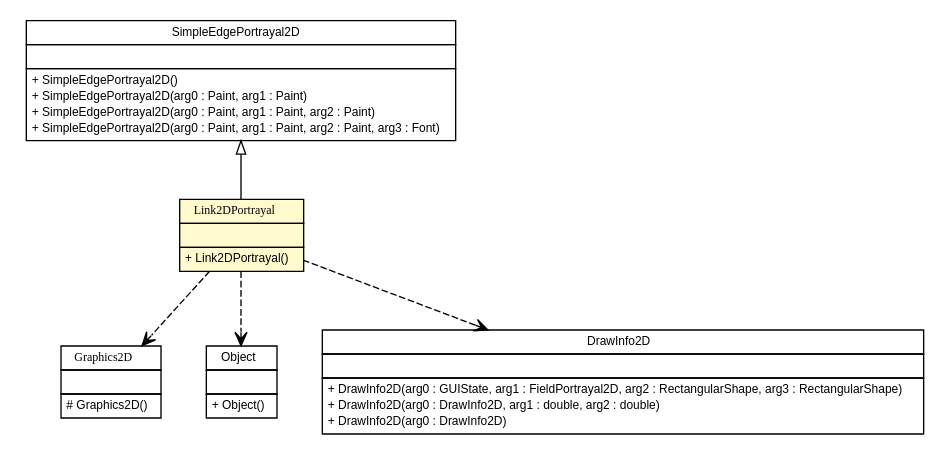
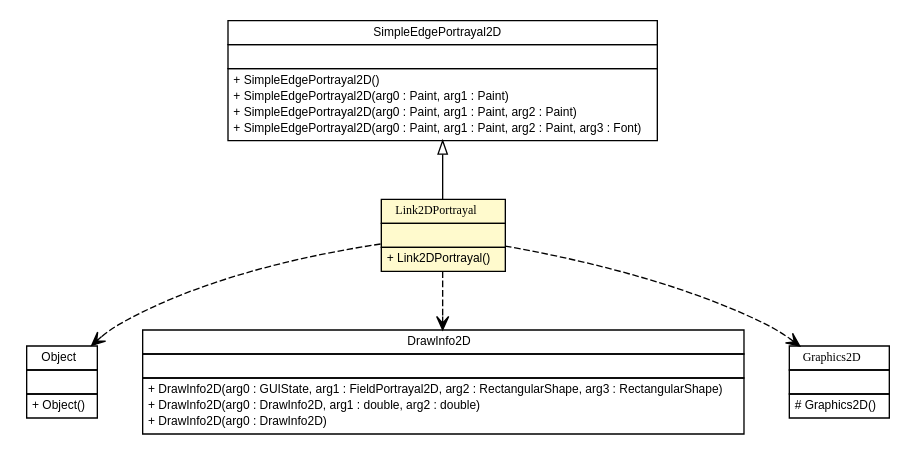
The diagram in apidocs/es/upm/dit/gsi/shanks/model/element/link/portrayal/Link2DPortrayal.dot (gsi-upm/Shanks), drawn with Graphviz before and after one commit. The commit also changed 860 other files, not shown here.

```diff
--- a/apidocs/es/upm/dit/gsi/shanks/model/element/link/portrayal/Link2DPortrayal.dot
+++ b/apidocs/es/upm/dit/gsi/shanks/model/element/link/portrayal/Link2DPortrayal.dot
@@ -1,85 +1,85 @@
 #!/usr/local/bin/dot
 #
 # Class diagram 
 # Generated by UMLGraph version 5.1 (http://www.umlgraph.org/)
 #
 
 digraph G {
 	edge [fontname="arial",fontsize=10,labelfontname="arial",labelfontsize=10];
 	node [fontname="arial",fontsize=10,shape=plaintext];
 	nodesep=0.25;
 	ranksep=0.5;
 	// es.upm.dit.gsi.shanks.model.element.link.portrayal.Link2DPortrayal
 	c4963 [label=<<table title="es.upm.dit.gsi.shanks.model.element.link.portrayal.Link2DPortrayal" border="0" cellborder="1" cellspacing="0" cellpadding="2" port="p" bgcolor="lemonChiffon" href="./Link2DPortrayal.html">
 		<tr><td><table border="0" cellspacing="0" cellpadding="1">
 <tr><td align="center" balign="center"><font face="ariali"> Link2DPortrayal </font></td></tr>
 		</table></td></tr>
 		<tr><td><table border="0" cellspacing="0" cellpadding="1">
 <tr><td align="left" balign="left">  </td></tr>
 		</table></td></tr>
 		<tr><td><table border="0" cellspacing="0" cellpadding="1">
 <tr><td align="left" balign="left"> + Link2DPortrayal() </td></tr>
 		</table></td></tr>
 		</table>>, fontname="arial", fontcolor="black", fontsize=9.0];
 	//es.upm.dit.gsi.shanks.model.element.link.portrayal.Link2DPortrayal extends sim.portrayal.network.SimpleEdgePortrayal2D
 	c5009:p -> c4963:p [dir=back,arrowtail=empty];
+	// es.upm.dit.gsi.shanks.model.element.link.portrayal.Link2DPortrayal DEPEND java.lang.Object
+	c4963:p -> c5010:p [taillabel="", label="", headlabel="", fontname="arial", fontcolor="black", fontsize=10.0, color="black", arrowhead=open, style=dashed];
+	// es.upm.dit.gsi.shanks.model.element.link.portrayal.Link2DPortrayal DEPEND sim.portrayal.DrawInfo2D
+	c4963:p -> c5011:p [taillabel="", label="", headlabel="", fontname="arial", fontcolor="black", fontsize=10.0, color="black", arrowhead=open, style=dashed];
 	// es.upm.dit.gsi.shanks.model.element.link.portrayal.Link2DPortrayal DEPEND java.awt.Graphics2D
-	c4963:p -> c5010:p [taillabel="", label="", headlabel="", fontname="arial", fontcolor="black", fontsize=10.0, color="black", arrowhead=open, style=dashed];
-	// es.upm.dit.gsi.shanks.model.element.link.portrayal.Link2DPortrayal DEPEND java.lang.Object
-	c4963:p -> c5011:p [taillabel="", label="", headlabel="", fontname="arial", fontcolor="black", fontsize=10.0, color="black", arrowhead=open, style=dashed];
-	// es.upm.dit.gsi.shanks.model.element.link.portrayal.Link2DPortrayal DEPEND sim.portrayal.DrawInfo2D
 	c4963:p -> c5012:p [taillabel="", label="", headlabel="", fontname="arial", fontcolor="black", fontsize=10.0, color="black", arrowhead=open, style=dashed];
 	// java.awt.Graphics2D
-	c5010 [label=<<table title="java.awt.Graphics2D" border="0" cellborder="1" cellspacing="0" cellpadding="2" port="p" href="http://java.sun.com/j2se/1.4.2/docs/api/java/awt/Graphics2D.html">
+	c5012 [label=<<table title="java.awt.Graphics2D" border="0" cellborder="1" cellspacing="0" cellpadding="2" port="p" href="http://java.sun.com/j2se/1.4.2/docs/api/java/awt/Graphics2D.html">
 		<tr><td><table border="0" cellspacing="0" cellpadding="1">
 <tr><td align="center" balign="center"><font face="ariali"> Graphics2D </font></td></tr>
 		</table></td></tr>
 		<tr><td><table border="0" cellspacing="0" cellpadding="1">
 <tr><td align="left" balign="left">  </td></tr>
 		</table></td></tr>
 		<tr><td><table border="0" cellspacing="0" cellpadding="1">
 <tr><td align="left" balign="left"> # Graphics2D() </td></tr>
 		</table></td></tr>
 		</table>>, fontname="arial", fontcolor="black", fontsize=9.0];
 	// sim.portrayal.DrawInfo2D
-	c5012 [label=<<table title="sim.portrayal.DrawInfo2D" border="0" cellborder="1" cellspacing="0" cellpadding="2" port="p" href="http://java.sun.com/j2se/1.4.2/docs/api/sim/portrayal/DrawInfo2D.html">
+	c5011 [label=<<table title="sim.portrayal.DrawInfo2D" border="0" cellborder="1" cellspacing="0" cellpadding="2" port="p" href="http://java.sun.com/j2se/1.4.2/docs/api/sim/portrayal/DrawInfo2D.html">
 		<tr><td><table border="0" cellspacing="0" cellpadding="1">
 <tr><td align="center" balign="center"> DrawInfo2D </td></tr>
 		</table></td></tr>
 		<tr><td><table border="0" cellspacing="0" cellpadding="1">
 <tr><td align="left" balign="left">  </td></tr>
 		</table></td></tr>
 		<tr><td><table border="0" cellspacing="0" cellpadding="1">
 <tr><td align="left" balign="left"> + DrawInfo2D(arg0 : GUIState, arg1 : FieldPortrayal2D, arg2 : RectangularShape, arg3 : RectangularShape) </td></tr>
 <tr><td align="left" balign="left"> + DrawInfo2D(arg0 : DrawInfo2D, arg1 : double, arg2 : double) </td></tr>
 <tr><td align="left" balign="left"> + DrawInfo2D(arg0 : DrawInfo2D) </td></tr>
 		</table></td></tr>
 		</table>>, fontname="arial", fontcolor="black", fontsize=9.0];
 	// sim.portrayal.network.SimpleEdgePortrayal2D
 	c5009 [label=<<table title="sim.portrayal.network.SimpleEdgePortrayal2D" border="0" cellborder="1" cellspacing="0" cellpadding="2" port="p" href="http://java.sun.com/j2se/1.4.2/docs/api/sim/portrayal/network/SimpleEdgePortrayal2D.html">
 		<tr><td><table border="0" cellspacing="0" cellpadding="1">
 <tr><td align="center" balign="center"> SimpleEdgePortrayal2D </td></tr>
 		</table></td></tr>
 		<tr><td><table border="0" cellspacing="0" cellpadding="1">
 <tr><td align="left" balign="left">  </td></tr>
 		</table></td></tr>
 		<tr><td><table border="0" cellspacing="0" cellpadding="1">
 <tr><td align="left" balign="left"> + SimpleEdgePortrayal2D() </td></tr>
 <tr><td align="left" balign="left"> + SimpleEdgePortrayal2D(arg0 : Paint, arg1 : Paint) </td></tr>
 <tr><td align="left" balign="left"> + SimpleEdgePortrayal2D(arg0 : Paint, arg1 : Paint, arg2 : Paint) </td></tr>
 <tr><td align="left" balign="left"> + SimpleEdgePortrayal2D(arg0 : Paint, arg1 : Paint, arg2 : Paint, arg3 : Font) </td></tr>
 		</table></td></tr>
 		</table>>, fontname="arial", fontcolor="black", fontsize=9.0];
 	// java.lang.Object
-	c5011 [label=<<table title="java.lang.Object" border="0" cellborder="1" cellspacing="0" cellpadding="2" port="p" href="http://java.sun.com/j2se/1.4.2/docs/api/java/lang/Object.html">
+	c5010 [label=<<table title="java.lang.Object" border="0" cellborder="1" cellspacing="0" cellpadding="2" port="p" href="http://java.sun.com/j2se/1.4.2/docs/api/java/lang/Object.html">
 		<tr><td><table border="0" cellspacing="0" cellpadding="1">
 <tr><td align="center" balign="center"> Object </td></tr>
 		</table></td></tr>
 		<tr><td><table border="0" cellspacing="0" cellpadding="1">
 <tr><td align="left" balign="left">  </td></tr>
 		</table></td></tr>
 		<tr><td><table border="0" cellspacing="0" cellpadding="1">
 <tr><td align="left" balign="left"> + Object() </td></tr>
 		</table></td></tr>
 		</table>>, fontname="arial", fontcolor="black", fontsize=9.0];
 }
```
